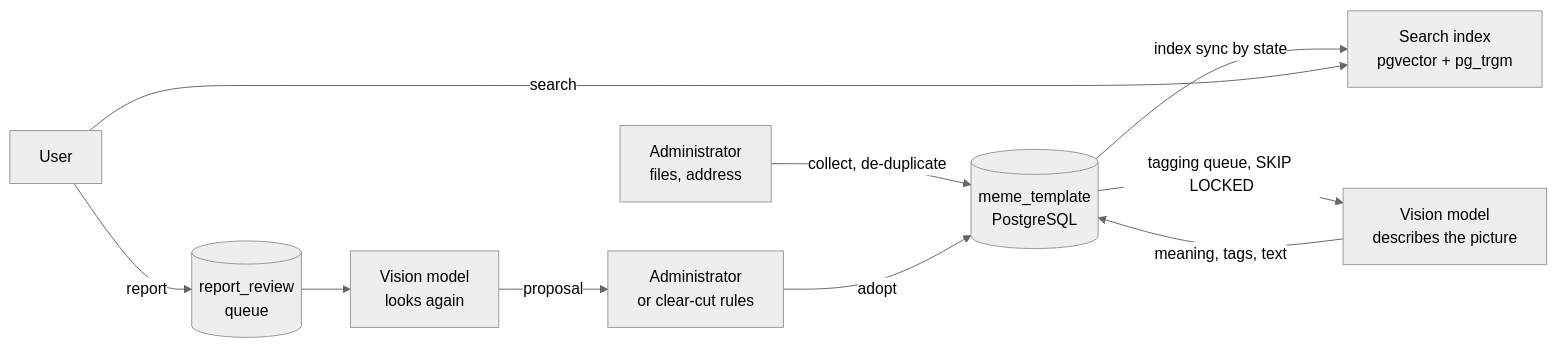
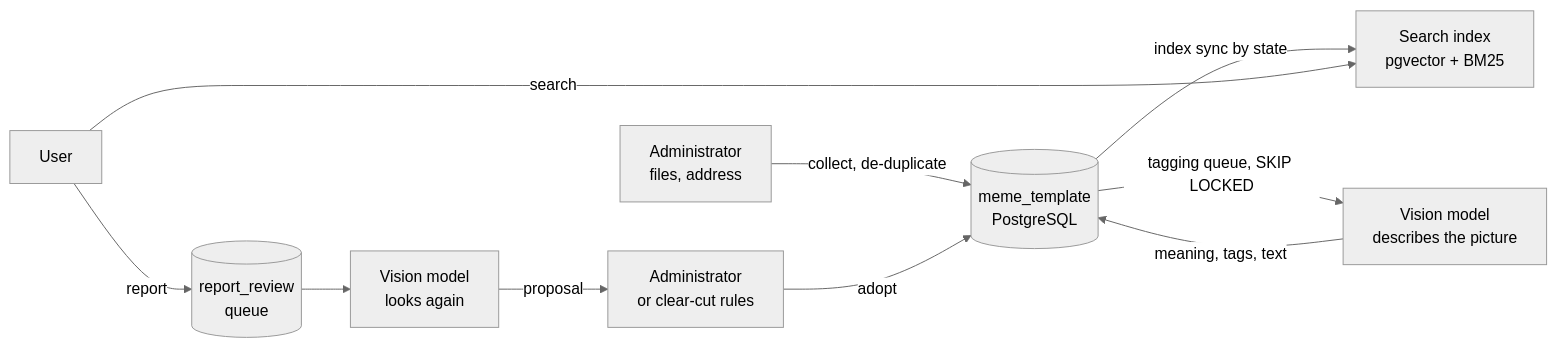
Before and after one commit to chun-wei0413/WTM: the first of 2 diagrams in docs/technical.md, drawn with Mermaid (neutral theme). The commit also changed other lines of this file and 15 other files, not shown here.

First line of the commit message:
[Documentation] Add the search evaluation, and update the decision, README and architecture diagrams for BM25

````diff
--- a/docs/technical.md
+++ b/docs/technical.md
@@ -29,12 +29,12 @@
 ```mermaid
 flowchart LR
     A[Administrator<br/>files, address] -->|collect, de-duplicate| L[(meme_template<br/>PostgreSQL)]
     L -->|tagging queue, SKIP LOCKED| V[Vision model<br/>describes the picture]
     V -->|meaning, tags, text| L
-    L -->|index sync by state| S[Search index<br/>pgvector + pg_trgm]
+    L -->|index sync by state| S[Search index<br/>pgvector + BM25]
     U[User] -->|search| S
     U -->|report| R[(report_review<br/>queue)]
     R --> V2[Vision model<br/>looks again]
     V2 -->|proposal| AD[Administrator<br/>or clear-cut rules]
     AD -->|adopt| L
 ```
````
